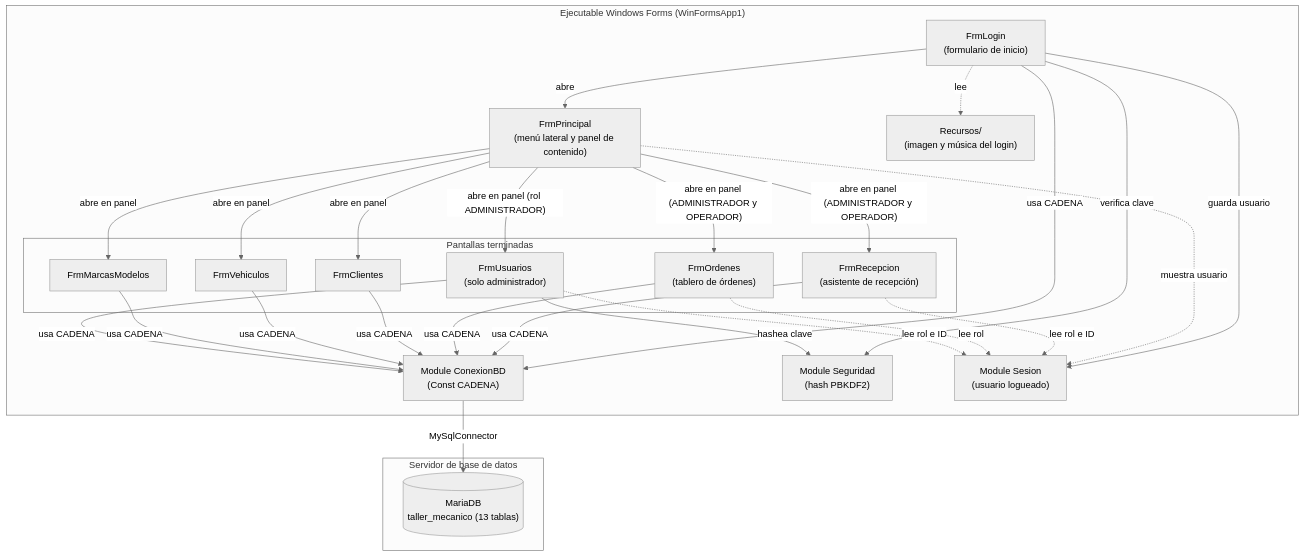
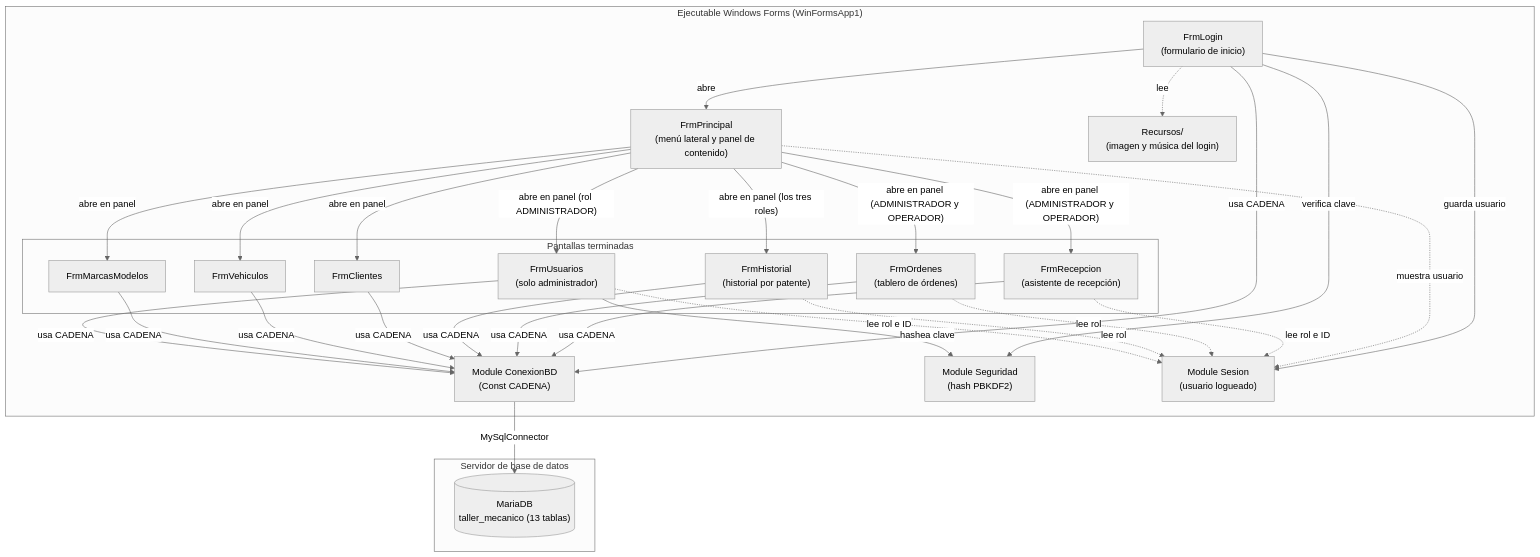
One commit to MedinaLucas1996/taller-mecanico changed the diagram in README.md. Above: the diagram before and after it, drawn with Mermaid (neutral theme). The commit also changed other lines of this file and 6 other files, not shown here.

````diff
--- a/README.md
+++ b/README.md
@@ -149,47 +149,51 @@
 ```mermaid
 graph TD
     subgraph Cliente["Ejecutable Windows Forms (WinFormsApp1)"]
         Login["FrmLogin<br/>(formulario de inicio)"]
         Principal["FrmPrincipal<br/>(menú lateral y panel de contenido)"]
         subgraph Pantallas["Pantallas terminadas"]
             Clientes["FrmClientes"]
             Vehiculos["FrmVehiculos"]
             Marcas["FrmMarcasModelos"]
             Usuarios["FrmUsuarios<br/>(solo administrador)"]
             Recepcion["FrmRecepcion<br/>(asistente de recepción)"]
             Ordenes["FrmOrdenes<br/>(tablero de órdenes)"]
+            Historial["FrmHistorial<br/>(historial por patente)"]
         end
         Conexion["Module ConexionBD<br/>(Const CADENA)"]
         Seguridad["Module Seguridad<br/>(hash PBKDF2)"]
         Sesion["Module Sesion<br/>(usuario logueado)"]
         Recursos["Recursos/<br/>(imagen y música del login)"]
     end
 
     subgraph Datos["Servidor de base de datos"]
         DB[("MariaDB<br/>taller_mecanico (13 tablas)")]
     end
 
     Login -->|"abre"| Principal
     Login -.->|"lee"| Recursos
     Login -->|"verifica clave"| Seguridad
     Login -->|"usa CADENA"| Conexion
     Login -->|"guarda usuario"| Sesion
     Principal -.->|"muestra usuario"| Sesion
     Principal -->|"abre en panel"| Clientes
     Principal -->|"abre en panel"| Vehiculos
     Principal -->|"abre en panel"| Marcas
     Principal -->|"abre en panel (rol ADMINISTRADOR)"| Usuarios
     Principal -->|"abre en panel (ADMINISTRADOR y OPERADOR)"| Recepcion
     Principal -->|"abre en panel (ADMINISTRADOR y OPERADOR)"| Ordenes
     Recepcion -->|"usa CADENA"| Conexion
     Recepcion -.->|"lee rol e ID"| Sesion
     Ordenes -->|"usa CADENA"| Conexion
     Ordenes -.->|"lee rol"| Sesion
+    Principal -->|"abre en panel (los tres roles)"| Historial
+    Historial -->|"usa CADENA"| Conexion
+    Historial -.->|"lee rol"| Sesion
     Clientes -->|"usa CADENA"| Conexion
     Vehiculos -->|"usa CADENA"| Conexion
     Marcas -->|"usa CADENA"| Conexion
     Usuarios -->|"usa CADENA"| Conexion
     Usuarios -->|"hashea clave"| Seguridad
     Usuarios -.->|"lee rol e ID"| Sesion
     Conexion -->|"MySqlConnector"| DB
 ```
````
